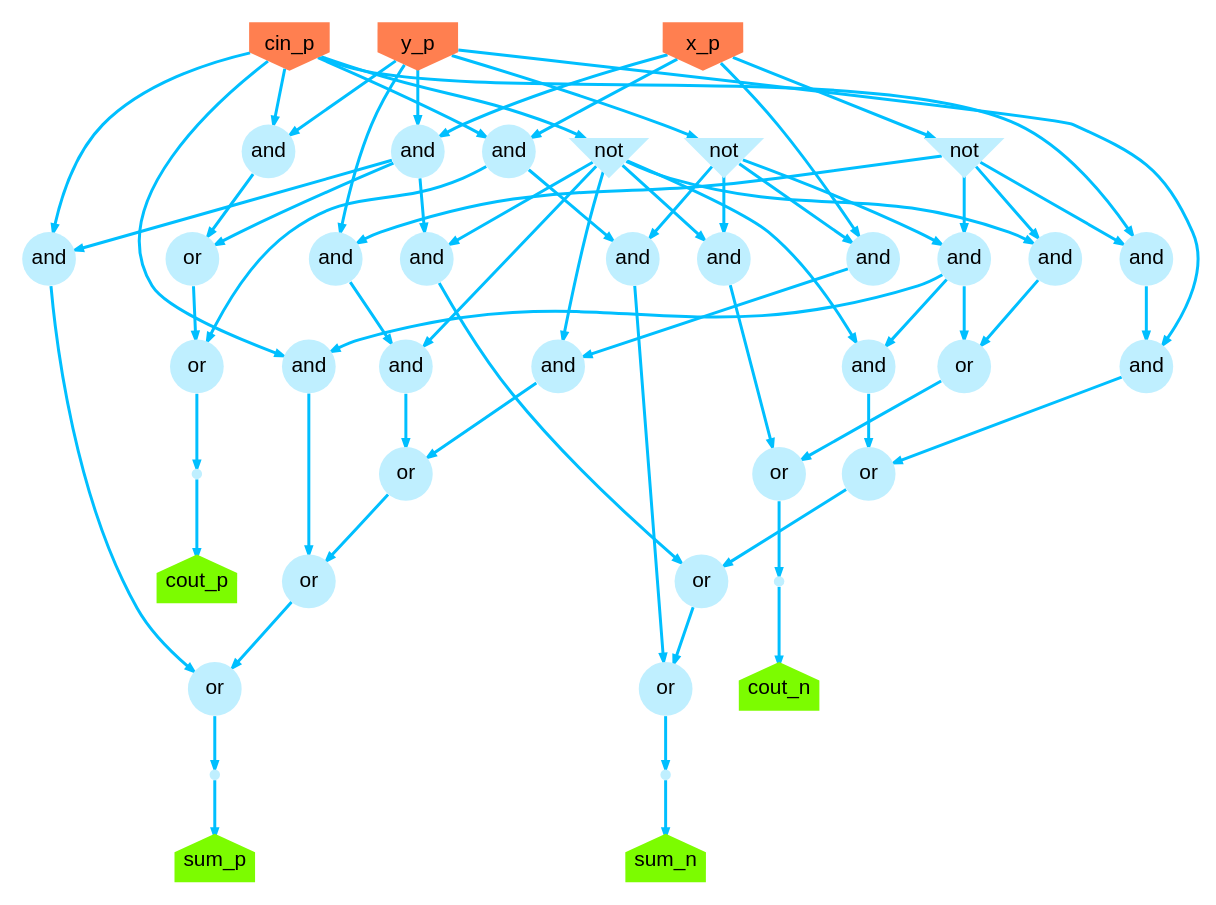
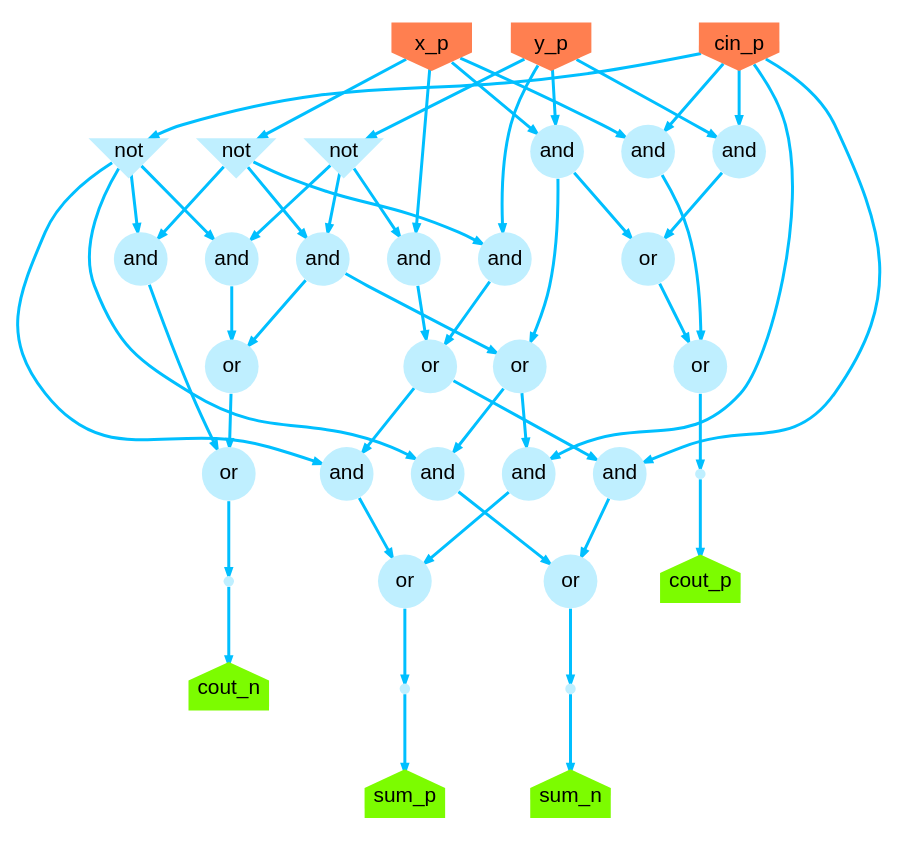
One commit to ryanhou28/PyLSE_Workspace changed the diagram in Full Adder Example/PyRTL/FA_DR.DOT. Above: the diagram before and after it, drawn with Graphviz. The commit also changed 3 other files, not shown here.

```diff
--- a/Full Adder Example/PyRTL/FA_DR.DOT
+++ b/Full Adder Example/PyRTL/FA_DR.DOT
@@ -1,113 +1,92 @@
 digraph g {
     graph [splines="spline", outputorder="edgesfirst"];
     node [shape=circle, style=filled, fillcolor=lightblue1,
         fontcolor=black, fontname=helvetica, penwidth=0,
         fixedsize=shape];
     edge [labelfloat=false, penwidth=2, color=deepskyblue, arrowsize=.5];
     n0 [label="cin_p", shape=invhouse, fillcolor=coral];
     n1 [label="", height=.1, width=.1];
     n2 [label="cout_n", shape=house, fillcolor=lawngreen];
     n3 [label="", height=.1, width=.1];
     n4 [label="cout_p", shape=house, fillcolor=lawngreen];
     n5 [label="", height=.1, width=.1];
     n6 [label="sum_n", shape=house, fillcolor=lawngreen];
     n7 [label="", height=.1, width=.1];
     n8 [label="sum_p", shape=house, fillcolor=lawngreen];
-    n9 [label="not", shape=invtriangle];
+    n9 [label="or"];
     n10 [label="or"];
-    n11 [label="and"];
-    n12 [label="or"];
-    n13 [label="or"];
-    n14 [label="not", shape=invtriangle];
-    n15 [label="and"];
+    n11 [label="not", shape=invtriangle];
+    n12 [label="and"];
+    n13 [label="and"];
+    n14 [label="or"];
+    n15 [label="not", shape=invtriangle];
     n16 [label="and"];
     n17 [label="or"];
-    n18 [label="and"];
-    n19 [label="or"];
+    n18 [label="or"];
+    n19 [label="and"];
     n20 [label="and"];
-    n21 [label="and"];
-    n22 [label="and"];
+    n21 [label="not", shape=invtriangle];
+    n22 [label="or"];
     n23 [label="or"];
     n24 [label="and"];
     n25 [label="and"];
     n26 [label="and"];
     n27 [label="and"];
     n28 [label="and"];
     n29 [label="and"];
-    n30 [label="and"];
+    n30 [label="or"];
     n31 [label="and"];
-    n32 [label="and"];
-    n33 [label="and"];
-    n34 [label="or"];
-    n35 [label="or"];
-    n36 [label="or"];
-    n37 [label="or"];
-    n38 [label="not", shape=invtriangle];
-    n39 [label="x_p", shape=invhouse, fillcolor=coral];
-    n40 [label="y_p", shape=invhouse, fillcolor=coral];
-    n0 -> n9 [label="", penwidth="2", arrowhead="normal"];
-    n0 -> n15 [label="", penwidth="2", arrowhead="normal"];
-    n0 -> n20 [label="", penwidth="2", arrowhead="normal"];
-    n0 -> n22 [label="", penwidth="2", arrowhead="normal"];
-    n0 -> n28 [label="", penwidth="2", arrowhead="normal"];
+    n32 [label="x_p", shape=invhouse, fillcolor=coral];
+    n33 [label="y_p", shape=invhouse, fillcolor=coral];
+    n0 -> n11 [label="", penwidth="2", arrowhead="normal"];
+    n0 -> n12 [label="", penwidth="2", arrowhead="normal"];
+    n0 -> n19 [label="", penwidth="2", arrowhead="normal"];
+    n0 -> n25 [label="", penwidth="2", arrowhead="normal"];
     n0 -> n31 [label="", penwidth="2", arrowhead="normal"];
     n1 -> n2 [label="", penwidth="2", arrowhead="normal"];
     n3 -> n4 [label="", penwidth="2", arrowhead="normal"];
     n5 -> n6 [label="", penwidth="2", arrowhead="normal"];
     n7 -> n8 [label="", penwidth="2", arrowhead="normal"];
-    n9 -> n11 [label="", penwidth="2", arrowhead="normal"];
-    n9 -> n21 [label="", penwidth="2", arrowhead="normal"];
-    n9 -> n25 [label="", penwidth="2", arrowhead="normal"];
-    n9 -> n26 [label="", penwidth="2", arrowhead="normal"];
-    n9 -> n30 [label="", penwidth="2", arrowhead="normal"];
-    n9 -> n32 [label="", penwidth="2", arrowhead="normal"];
-    n10 -> n7 [label="", penwidth="2", arrowhead="normal"];
-    n11 -> n37 [label="", penwidth="2", arrowhead="normal"];
-    n12 -> n35 [label="", penwidth="2", arrowhead="normal"];
-    n13 -> n12 [label="", penwidth="2", arrowhead="normal"];
-    n14 -> n18 [label="", penwidth="2", arrowhead="normal"];
-    n14 -> n29 [label="", penwidth="2", arrowhead="normal"];
-    n14 -> n32 [label="", penwidth="2", arrowhead="normal"];
-    n14 -> n33 [label="", penwidth="2", arrowhead="normal"];
-    n15 -> n10 [label="", penwidth="2", arrowhead="normal"];
-    n16 -> n26 [label="", penwidth="2", arrowhead="normal"];
-    n17 -> n10 [label="", penwidth="2", arrowhead="normal"];
-    n18 -> n35 [label="", penwidth="2", arrowhead="normal"];
-    n19 -> n1 [label="", penwidth="2", arrowhead="normal"];
-    n20 -> n24 [label="", penwidth="2", arrowhead="normal"];
-    n21 -> n13 [label="", penwidth="2", arrowhead="normal"];
-    n22 -> n18 [label="", penwidth="2", arrowhead="normal"];
-    n22 -> n34 [label="", penwidth="2", arrowhead="normal"];
-    n23 -> n19 [label="", penwidth="2", arrowhead="normal"];
-    n24 -> n13 [label="", penwidth="2", arrowhead="normal"];
-    n25 -> n12 [label="", penwidth="2", arrowhead="normal"];
-    n26 -> n37 [label="", penwidth="2", arrowhead="normal"];
-    n27 -> n15 [label="", penwidth="2", arrowhead="normal"];
-    n27 -> n25 [label="", penwidth="2", arrowhead="normal"];
-    n27 -> n36 [label="", penwidth="2", arrowhead="normal"];
+    n9 -> n1 [label="", penwidth="2", arrowhead="normal"];
+    n10 -> n9 [label="", penwidth="2", arrowhead="normal"];
+    n11 -> n13 [label="", penwidth="2", arrowhead="normal"];
+    n11 -> n16 [label="", penwidth="2", arrowhead="normal"];
+    n11 -> n24 [label="", penwidth="2", arrowhead="normal"];
+    n11 -> n27 [label="", penwidth="2", arrowhead="normal"];
+    n12 -> n30 [label="", penwidth="2", arrowhead="normal"];
+    n13 -> n9 [label="", penwidth="2", arrowhead="normal"];
+    n14 -> n25 [label="", penwidth="2", arrowhead="normal"];
+    n14 -> n27 [label="", penwidth="2", arrowhead="normal"];
+    n15 -> n13 [label="", penwidth="2", arrowhead="normal"];
+    n15 -> n26 [label="", penwidth="2", arrowhead="normal"];
+    n15 -> n29 [label="", penwidth="2", arrowhead="normal"];
+    n16 -> n10 [label="", penwidth="2", arrowhead="normal"];
+    n17 -> n19 [label="", penwidth="2", arrowhead="normal"];
+    n17 -> n24 [label="", penwidth="2", arrowhead="normal"];
+    n18 -> n7 [label="", penwidth="2", arrowhead="normal"];
+    n19 -> n18 [label="", penwidth="2", arrowhead="normal"];
+    n20 -> n14 [label="", penwidth="2", arrowhead="normal"];
+    n21 -> n16 [label="", penwidth="2", arrowhead="normal"];
+    n21 -> n20 [label="", penwidth="2", arrowhead="normal"];
+    n21 -> n26 [label="", penwidth="2", arrowhead="normal"];
+    n22 -> n5 [label="", penwidth="2", arrowhead="normal"];
+    n23 -> n30 [label="", penwidth="2", arrowhead="normal"];
+    n24 -> n22 [label="", penwidth="2", arrowhead="normal"];
+    n25 -> n22 [label="", penwidth="2", arrowhead="normal"];
+    n26 -> n10 [label="", penwidth="2", arrowhead="normal"];
+    n26 -> n17 [label="", penwidth="2", arrowhead="normal"];
+    n27 -> n18 [label="", penwidth="2", arrowhead="normal"];
     n28 -> n17 [label="", penwidth="2", arrowhead="normal"];
-    n29 -> n11 [label="", penwidth="2", arrowhead="normal"];
-    n30 -> n23 [label="", penwidth="2", arrowhead="normal"];
-    n31 -> n36 [label="", penwidth="2", arrowhead="normal"];
-    n32 -> n19 [label="", penwidth="2", arrowhead="normal"];
+    n28 -> n23 [label="", penwidth="2", arrowhead="normal"];
+    n29 -> n14 [label="", penwidth="2", arrowhead="normal"];
+    n30 -> n3 [label="", penwidth="2", arrowhead="normal"];
+    n31 -> n23 [label="", penwidth="2", arrowhead="normal"];
+    n32 -> n12 [label="", penwidth="2", arrowhead="normal"];
+    n32 -> n15 [label="", penwidth="2", arrowhead="normal"];
+    n32 -> n20 [label="", penwidth="2", arrowhead="normal"];
+    n32 -> n28 [label="", penwidth="2", arrowhead="normal"];
     n33 -> n21 [label="", penwidth="2", arrowhead="normal"];
-    n33 -> n23 [label="", penwidth="2", arrowhead="normal"];
     n33 -> n28 [label="", penwidth="2", arrowhead="normal"];
-    n34 -> n3 [label="", penwidth="2", arrowhead="normal"];
-    n35 -> n5 [label="", penwidth="2", arrowhead="normal"];
-    n36 -> n34 [label="", penwidth="2", arrowhead="normal"];
-    n37 -> n17 [label="", penwidth="2", arrowhead="normal"];
-    n38 -> n16 [label="", penwidth="2", arrowhead="normal"];
-    n38 -> n20 [label="", penwidth="2", arrowhead="normal"];
-    n38 -> n30 [label="", penwidth="2", arrowhead="normal"];
-    n38 -> n33 [label="", penwidth="2", arrowhead="normal"];
-    n39 -> n22 [label="", penwidth="2", arrowhead="normal"];
-    n39 -> n27 [label="", penwidth="2", arrowhead="normal"];
-    n39 -> n29 [label="", penwidth="2", arrowhead="normal"];
-    n39 -> n38 [label="", penwidth="2", arrowhead="normal"];
-    n40 -> n14 [label="", penwidth="2", arrowhead="normal"];
-    n40 -> n16 [label="", penwidth="2", arrowhead="normal"];
-    n40 -> n24 [label="", penwidth="2", arrowhead="normal"];
-    n40 -> n27 [label="", penwidth="2", arrowhead="normal"];
-    n40 -> n31 [label="", penwidth="2", arrowhead="normal"];
+    n33 -> n29 [label="", penwidth="2", arrowhead="normal"];
+    n33 -> n31 [label="", penwidth="2", arrowhead="normal"];
 }
```
